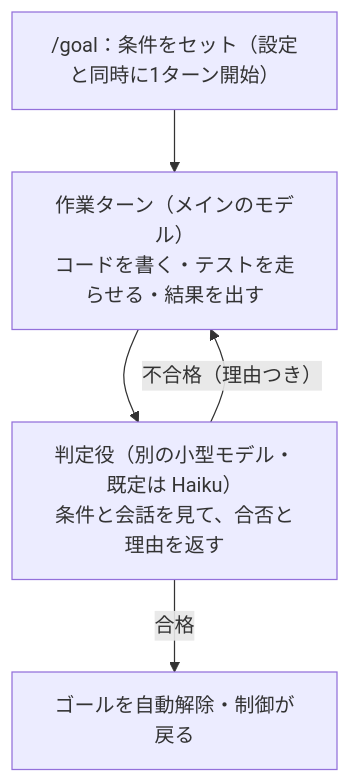
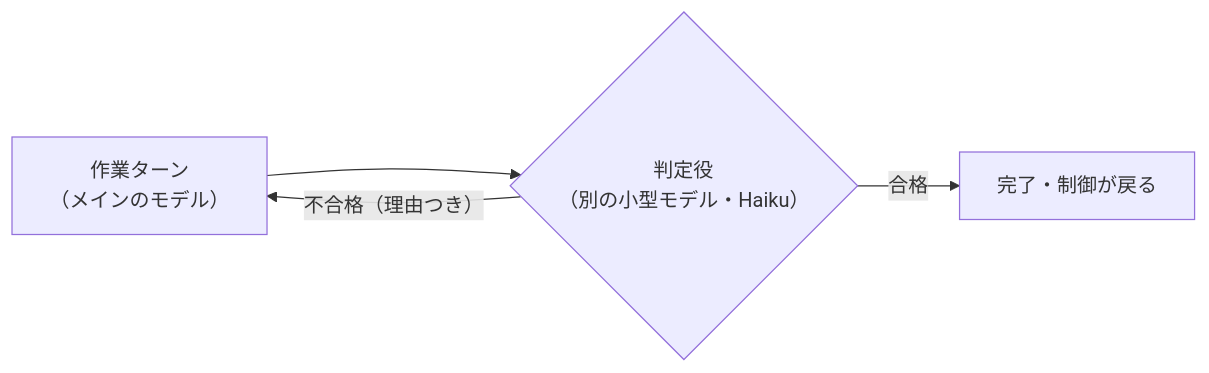
Before and after one commit to Daisuke134/anicca: the sixth of 7 diagrams in docs/articles/2026-06-27-loop-engineering-jp.md, drawn with Mermaid. The commit also changed other lines of this file, not shown here.

Commit message:
fix diagrams: tall vertical → horizontal LR + shorter labels (anatomy/goal/nesting/ladder/task-check were too tall)

````diff
--- a/docs/articles/2026-06-27-loop-engineering-jp.md
+++ b/docs/articles/2026-06-27-loop-engineering-jp.md
@@ -141,7 +136,6 @@
 ```mermaid
-flowchart TD
-  G["/goal：条件をセット（設定と同時に1ターン開始）"] --> T["作業ターン（メインのモデル）<br/>コードを書く・テストを走らせる・結果を出す"]
-  T --> J["判定役（別の小型モデル・既定は Haiku）<br/>条件と会話を見て、合否と理由を返す"]
+flowchart LR
+  T["作業ターン<br/>（メインのモデル）"] --> J{"判定役<br/>（別の小型モデル・Haiku）"}
   J -->|"不合格（理由つき）"| T
-  J -->|"合格"| E["ゴールを自動解除・制御が戻る"]
+  J -->|"合格"| E["完了・制御が戻る"]
 ```
````
